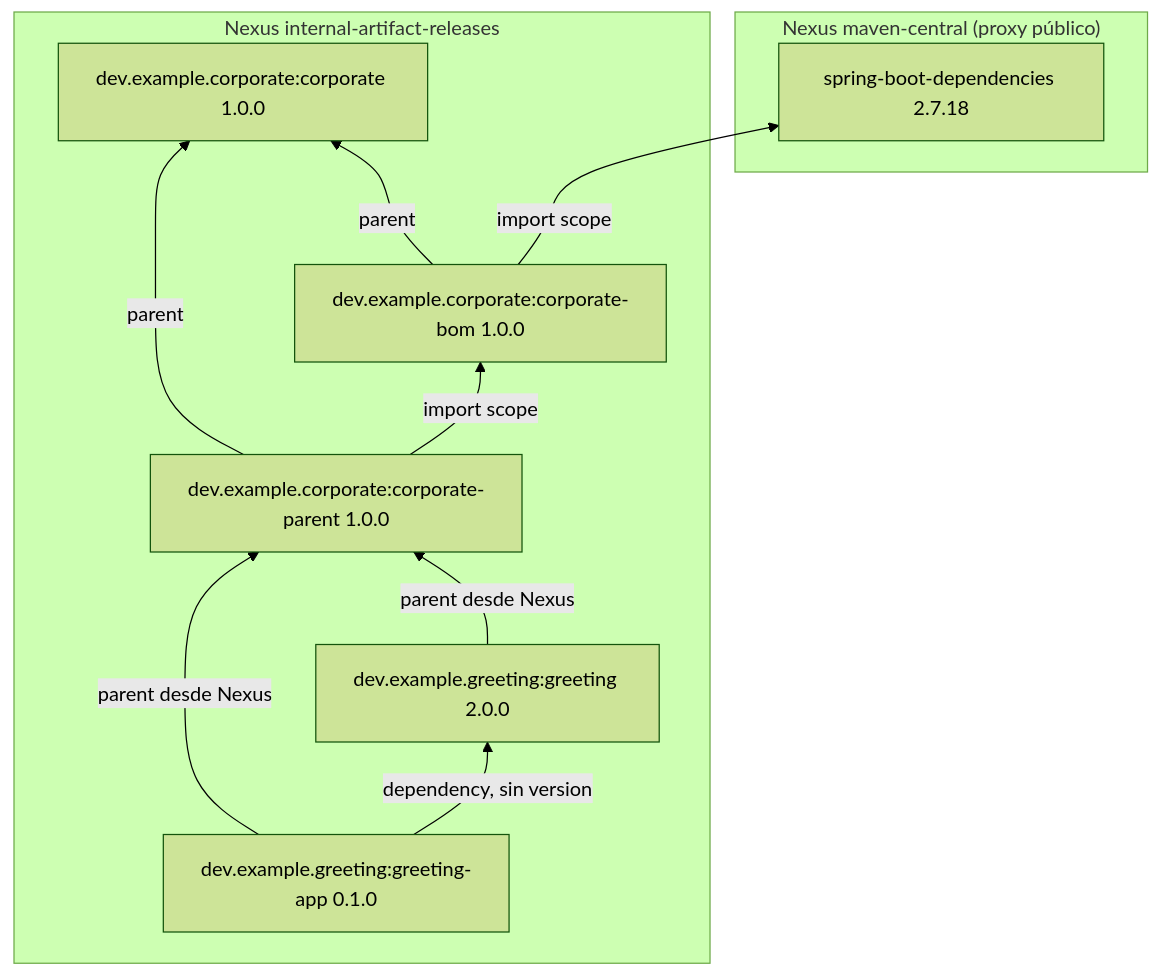
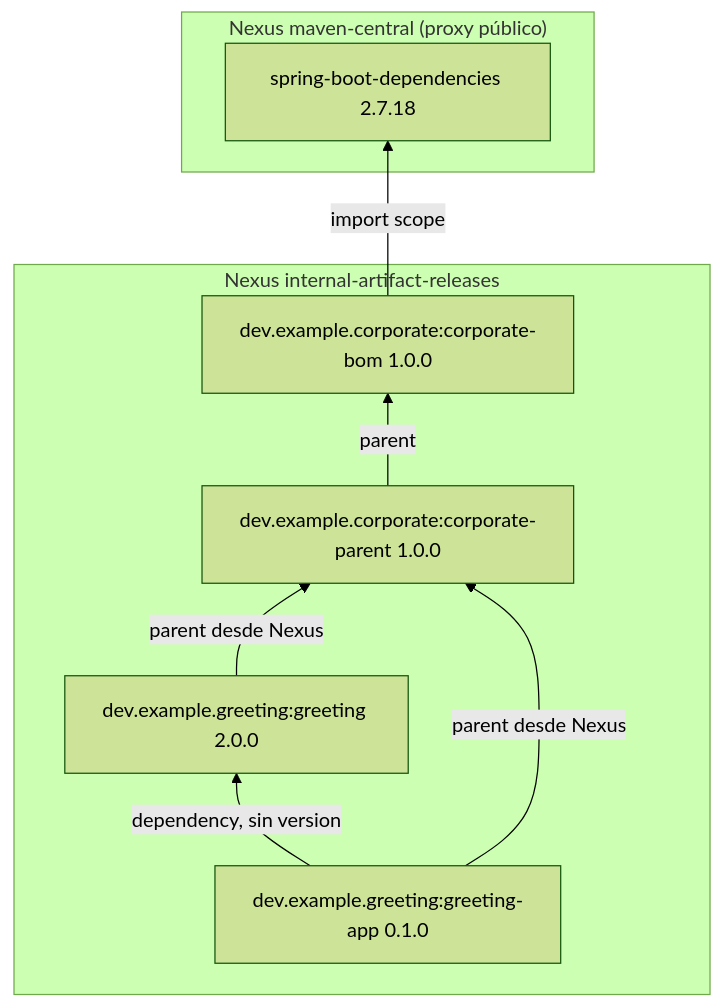
Before and after one commit to IAAA-Lab/maven-corporate-pom: the first of 4 diagrams in README.md, drawn with Mermaid (forest theme). The commit also changed other lines of this file and 5 other files, not shown here.

First line of the commit message:
refactor(corporate): make the BOM the parent of corporate-parent

````diff
--- a/README.md
+++ b/README.md
@@ -86,21 +119,18 @@
 ```mermaid
 flowchart BT
     subgraph external["Nexus maven-central (proxy público)"]
         bootBom["spring-boot-dependencies 2.7.18"]
     end
     subgraph internal["Nexus internal-artifact-releases"]
-        reactor["dev.example.corporate:corporate 1.0.0"]
         bom["dev.example.corporate:corporate-bom 1.0.0"]
         parent["dev.example.corporate:corporate-parent 1.0.0"]
         library["dev.example.greeting:greeting 2.0.0"]
         app["dev.example.greeting:greeting-app 0.1.0"]
     end
 
     bom -->|"import scope"| bootBom
-    bom -->|"parent"| reactor
-    parent -->|"parent"| reactor
-    parent -->|"import scope"| bom
+    parent -->|"parent"| bom
     library -->|"parent desde Nexus"| parent
     app -->|"parent desde Nexus"| parent
     app -->|"dependency, sin version"| library
 ```
````
